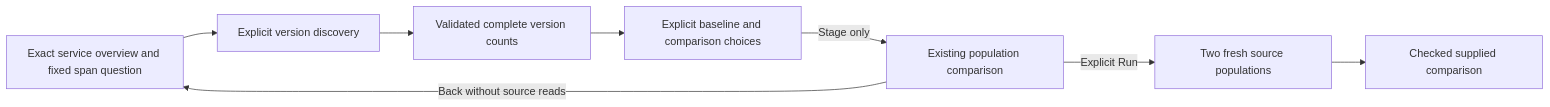
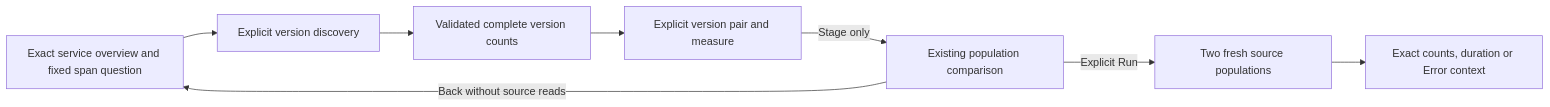
The diagram in docs/SERVICE_VERSION_COMPARISONS.md (casselc/goo), drawn with Mermaid before and after one commit. The commit also changed other lines of this file and 48 other files, not shown here.

Commit message:
Add recorded Error context to guided service-version comparisons

````diff
--- a/docs/SERVICE_VERSION_COMPARISONS.md
+++ b/docs/SERVICE_VERSION_COMPARISONS.md
@@ -32,10 +33,10 @@
 ```mermaid
 flowchart LR
     S[Exact service overview and fixed span question] --> D[Explicit version discovery]
     D --> A[Validated complete version counts]
-    A --> P[Explicit baseline and comparison choices]
+    A --> P[Explicit version pair and measure]
     P -->|Stage only| V[Existing population comparison]
     V -->|Explicit Run| Q[Two fresh source populations]
-    Q --> C[Checked supplied comparison]
+    Q --> C[Exact counts, duration or Error context]
     V -->|Back without source reads| S
 ```
````
